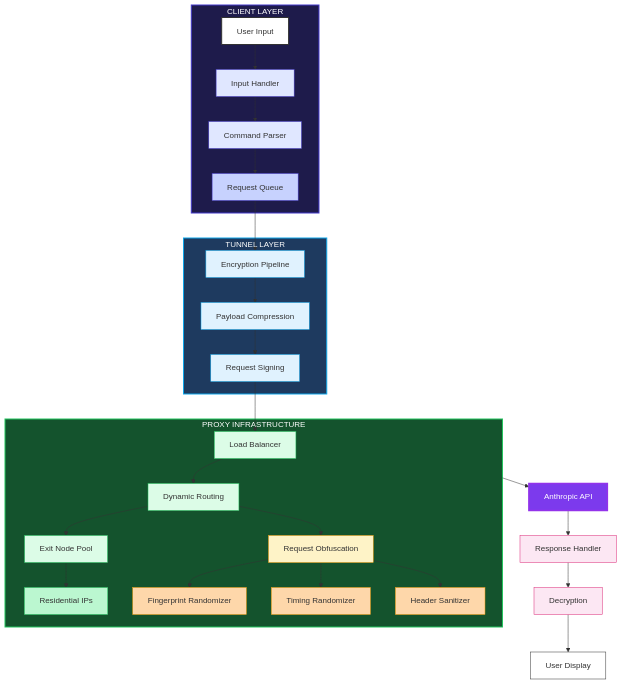
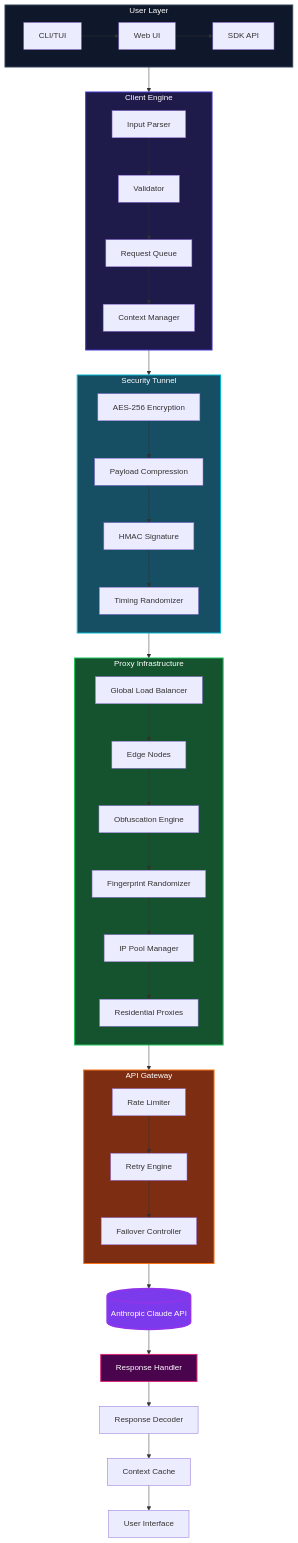
Before and after one commit to mangiapanejohn-dev/-Re-Code: the first of 3 diagrams in README.md, drawn with Mermaid. The commit also changed other lines of this file and 1 other file, not shown here.

Commit message:
Redesign System Overview and Security Mechanisms diagrams
- System Overview: professional layered architecture with detailed components
- Security Mechanisms: 4-layer flow with detailed security items per layer
- Add User Layer, Client Engine, Security Tunnel, Proxy Infrastructure, API Gateway
- Add AES-256 encryption, HMAC signature, Load Balancer, IP Pool Manager
- Add more detailed security items: MAC rotation, HWID spoofing, User-Agent rotation, etc
- Update both EN and CN versions

````diff
--- a/README.md
+++ b/README.md
@@ -67,54 +67,60 @@
 ```mermaid
 flowchart TB
-    subgraph CLIENT["CLIENT LAYER"]
-        USER["User Input"] --> INPUT["Input Handler"]
-        INPUT --> CMD["Command Parser"]
-        CMD --> QUEUE["Request Queue"]
+    subgraph USER_LAYER["User Layer"]
+        direction LR
+        CLI[CLI/TUI] --> WEB[Web UI]
+        WEB --> SDK[SDK API]
     end
     
-    subgraph TUNNEL["TUNNEL LAYER"]
-        QUEUE --> ENCRYPT["Encryption Pipeline"]
-        ENCRYPT --> COMPRESS["Payload Compression"]
-        COMPRESS --> SIGN["Request Signing"]
+    USER_LAYER --> CLIENT_ENGINE
+    
+    subgraph CLIENT_ENGINE["Client Engine"]
+        direction TB
+        PARSE["Input Parser"] --> VALIDATE["Validator"]
+        VALIDATE --> QUEUE["Request Queue"]
+        QUEUE --> CONTEXT["Context Manager"]
     end
     
-    subgraph PROXY["PROXY INFRASTRUCTURE"]
-        SIGN --> LB["Load Balancer"]
-        LB --> ROUTE["Dynamic Routing"]
-        ROUTE --> POOL["Exit Node Pool"]
-        POOL --> RESIDENT["Residential IPs"]
-        
-        ROUTE --> OBFUSCATE["Request Obfuscation"]
-        OBFUSCATE --> FINGERPRINT["Fingerprint Randomizer"]
-        OBFUSCATE --> TIMING["Timing Randomizer"]
-        OBFUSCATE --> HEADER["Header Sanitizer"]
+    CLIENT_ENGINE --> TUNNEL
+    
+    subgraph TUNNEL["Security Tunnel"]
+        direction TB
+        ENCRYPT["AES-256 Encryption"] --> COMPRESS["Payload Compression"]
+        COMPRESS --> SIGNATURE["HMAC Signature"]
+        SIGNATURE --> TIMING["Timing Randomizer"]
     end
     
-    PROXY --> ANTHROPIC["Anthropic API"]
-    ANTHROPIC --> RESP["Response Handler"]
-    RESP --> DECRYPT["Decryption"]
-    DECRYPT --> DISPLAY["User Display"]
+    TUNNEL --> PROXY
     
-    style CLIENT fill:#1e1b4b,stroke:#4338ca,stroke-width:2,color:#fff
-    style TUNNEL fill:#1e3a5f,stroke:#0ea5e9,stroke-width:2,color:#fff
+    subgraph PROXY["Proxy Infrastructure"]
+        direction TB
+        LB["Global Load Balancer"] --> EDGE["Edge Nodes"]
+        EDGE --> OBFS["Obfuscation Engine"]
+        OBFS --> FINGERPRINT["Fingerprint Randomizer"]
+        FINGERPRINT --> IP_POOL["IP Pool Manager"]
+        IP_POOL --> RESIDENTIAL["Residential Proxies"]
+    end
+    
+    PROXY --> API_GATEWAY
+    
+    subgraph API_GATEWAY["API Gateway"]
+        direction TB
+        RATE["Rate Limiter"] --> RETRY["Retry Engine"]
+        RETRY --> FAILOVER["Failover Controller"]
+    end
+    
+    API_GATEWAY --> ANTHROPIC
+    
+    ANTHROPIC[("Anthropic Claude API")] --> RESPONSE
+    RESPONSE["Response Handler"] --> DECODE["Response Decoder"]
+    DECODE --> CACHE["Context Cache"]
+    CACHE --> DISPLAY["User Interface"]
+    
+    style USER_LAYER fill:#0f172a,stroke:#334155,stroke-width:2,color:#fff
+    style CLIENT_ENGINE fill:#1e1b4b,stroke:#4338ca,stroke-width:2,color:#fff
+    style TUNNEL fill:#164e63,stroke:#06b6d4,stroke-width:2,color:#fff
     style PROXY fill:#14532d,stroke:#22c55e,stroke-width:2,color:#fff
-    style USER fill:#fff,stroke:#333,stroke-width:2
-    style INPUT fill:#e0e7ff,stroke:#4338ca
-    style CMD fill:#e0e7ff,stroke:#4338ca
-    style QUEUE fill:#c7d2fe,stroke:#4338ca
-    style ENCRYPT fill:#e0f2fe,stroke:#0ea5e9
-    style COMPRESS fill:#e0f2fe,stroke:#0ea5e9
-    style SIGN fill:#e0f2fe,stroke:#0ea5e9
-    style LB fill:#dcfce7,stroke:#22c55e
-    style ROUTE fill:#dcfce7,stroke:#22c55e
-    style POOL fill:#dcfce7,stroke:#22c55e
-    style RESIDENT fill:#bbf7d0,stroke:#22c55e
-    style OBFUSCATE fill:#fef3c7,stroke:#f59e0b
-    style FINGERPRINT fill:#fed7aa,stroke:#f59e0b
-    style TIMING fill:#fed7aa,stroke:#f59e0b
-    style HEADER fill:#fed7aa,stroke:#f59e0b
+    style API_GATEWAY fill:#7c2d12,stroke:#f97316,stroke-width:2,color:#fff
     style ANTHROPIC fill:#7c3aed,stroke:#9333ea,stroke-width:3,color:#fff
-    style RESP fill:#fce7f3,stroke:#db2777
-    style DECRYPT fill:#fce7f3,stroke:#db2777
-    style DISPLAY fill:#fff,stroke:#333
+    style RESPONSE fill:#4a044e,stroke:#db2777,stroke-width:2,color:#fff
 ```
````
